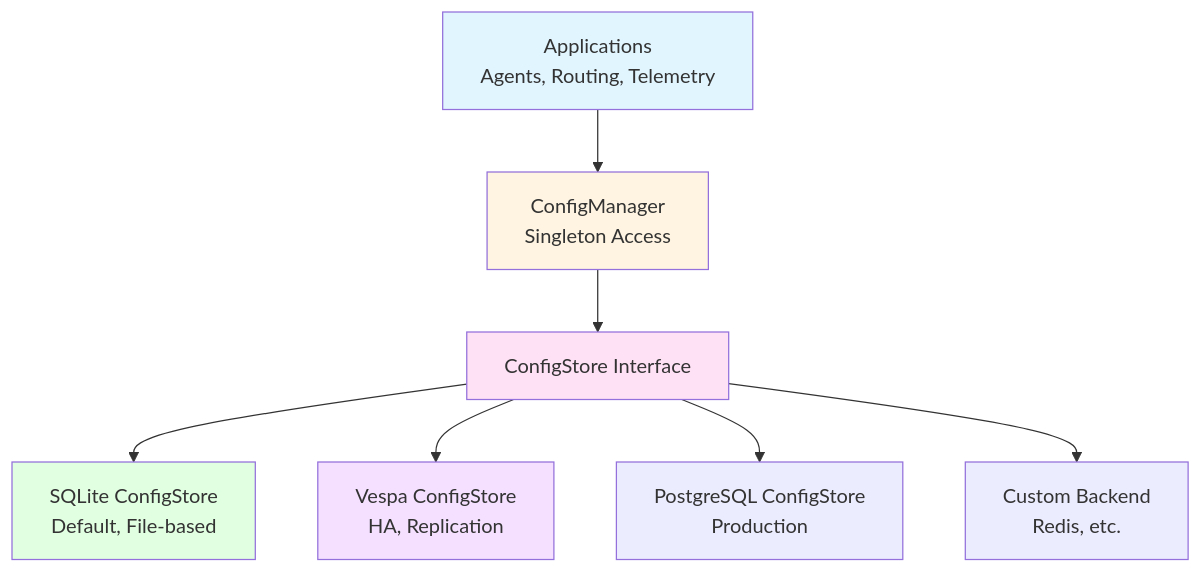
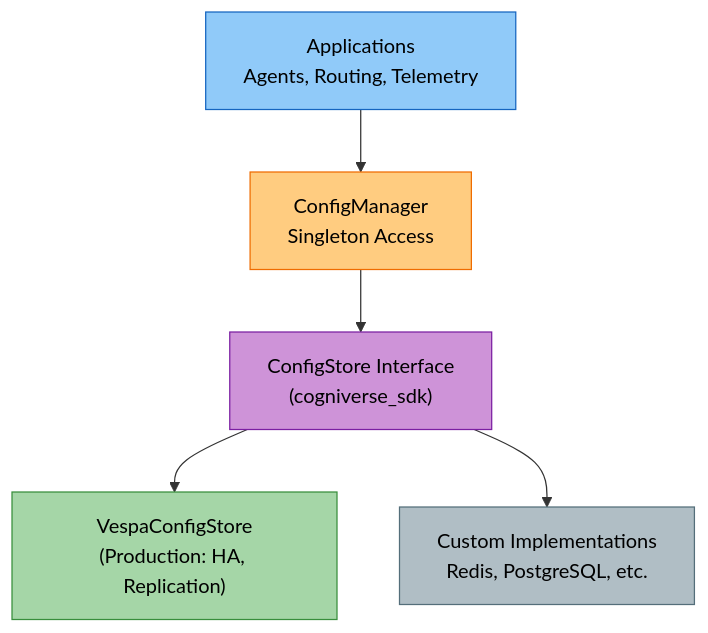
One commit to amit-jain/cogniverse changed the first of 3 diagrams in docs/operations/configuration.md. Above: the diagram before and after it, drawn with Mermaid. The commit also changed other lines of this file and 83 other files, not shown here.

First line of the commit message:
Fix documentation veracity, formatting, and diagrams across all modules

````diff
--- a/docs/operations/configuration.md
+++ b/docs/operations/configuration.md
@@ -33,19 +36,17 @@
 ```mermaid
-graph TB
-    Apps[Applications<br/>Agents, Routing, Telemetry]
+flowchart TB
+    Apps["<span style='color:#000'>Applications<br/>Agents, Routing, Telemetry</span>"]
 
-    Apps --> Manager[ConfigManager<br/>Singleton Access]
+    Apps --> Manager["<span style='color:#000'>ConfigManager<br/>Singleton Access</span>"]
 
-    Manager --> Store[ConfigStore Interface]
+    Manager --> Store["<span style='color:#000'>ConfigStore Interface<br/>(cogniverse_sdk)</span>"]
 
-    Store --> SQLite[SQLite ConfigStore<br/>Default, File-based]
-    Store --> Vespa[Vespa ConfigStore<br/>HA, Replication]
-    Store --> Postgres[PostgreSQL ConfigStore<br/>Production]
-    Store --> Custom[Custom Backend<br/>Redis, etc.]
+    Store --> Vespa["<span style='color:#000'>VespaConfigStore<br/>(Production: HA, Replication)</span>"]
+    Store --> Custom["<span style='color:#000'>Custom Implementations<br/>Redis, PostgreSQL, etc.</span>"]
 
-    style Apps fill:#e1f5ff
-    style Manager fill:#fff4e1
-    style Store fill:#ffe1f5
-    style SQLite fill:#e1ffe1
-    style Vespa fill:#f5e1ff
+    style Apps fill:#90caf9,stroke:#1565c0,color:#000
+    style Manager fill:#ffcc80,stroke:#ef6c00,color:#000
+    style Store fill:#ce93d8,stroke:#7b1fa2,color:#000
+    style Vespa fill:#a5d6a7,stroke:#388e3c,color:#000
+    style Custom fill:#b0bec5,stroke:#546e7a,color:#000
 ```
````
